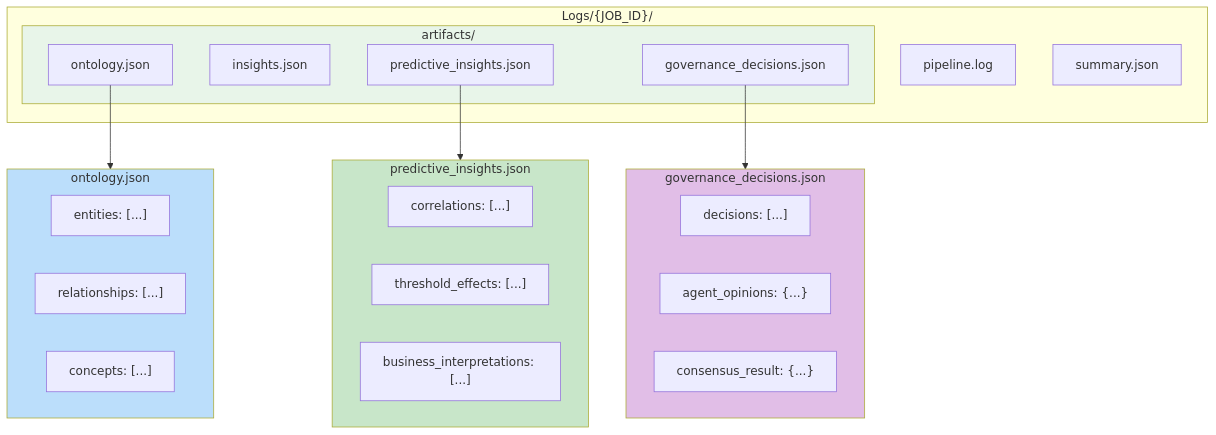
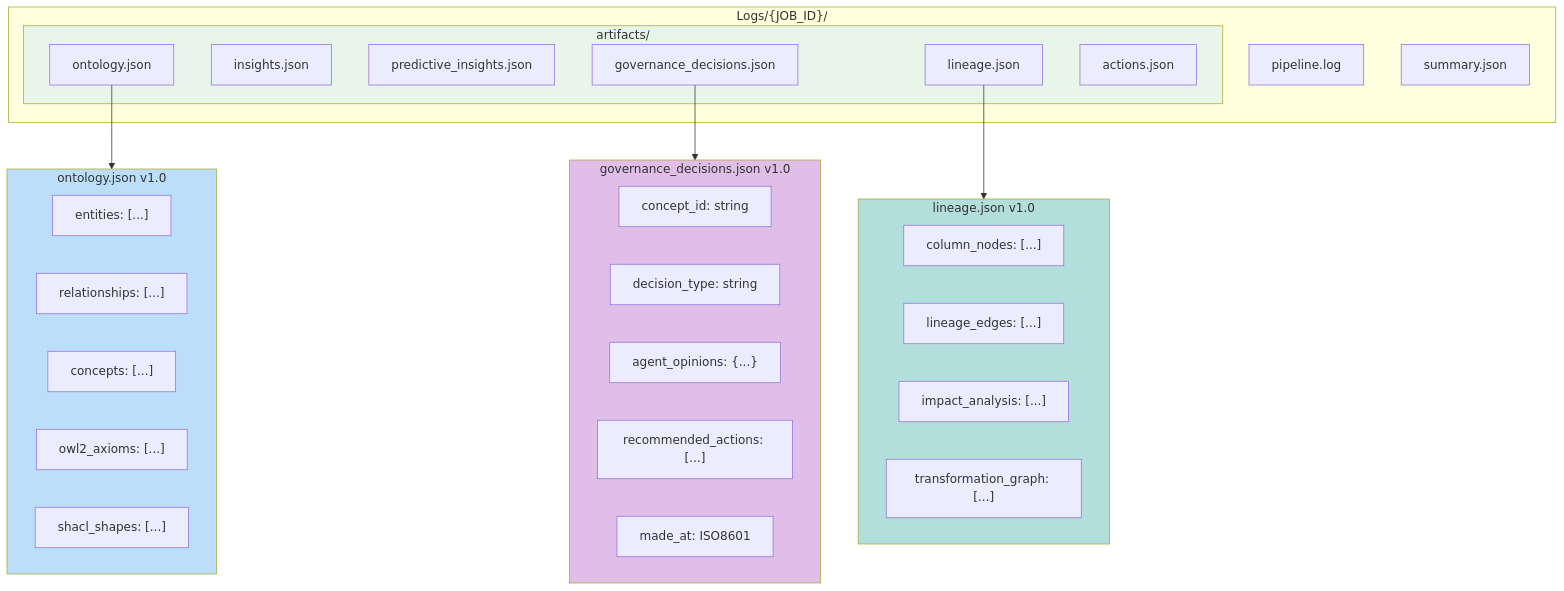
Diagram 11 of 11 in docs/diagrams/02-data-flow.md (sabill123/ontology), drawn with Mermaid before and after one commit. The commit also changed other lines of this file and 176 other files, not shown here.

````diff
--- a/docs/diagrams/02-data-flow.md
+++ b/docs/diagrams/02-data-flow.md
@@ -301,41 +591,48 @@
 ```mermaid
 flowchart TB
     subgraph LOGS["Logs/{JOB_ID}/"]
         LOG[pipeline.log]
         SUM[summary.json]
 
         subgraph ARTIFACTS["artifacts/"]
             ONT[ontology.json]
             INS[insights.json]
             PI[predictive_insights.json]
             GOV[governance_decisions.json]
+            LNG[lineage.json]
+            ACT[actions.json]
         end
     end
 
-    subgraph ONT_CONTENT["ontology.json"]
+    subgraph ONT_CONTENT["ontology.json v1.0"]
         OC1["entities: [...]"]
         OC2["relationships: [...]"]
         OC3["concepts: [...]"]
+        OC4["owl2_axioms: [...]"]
+        OC5["shacl_shapes: [...]"]
     end
 
-    subgraph PI_CONTENT["predictive_insights.json"]
-        PC1["correlations: [...]"]
-        PC2["threshold_effects: [...]"]
-        PC3["business_interpretations: [...]"]
+    subgraph LNG_CONTENT["lineage.json v1.0"]
+        LC1["column_nodes: [...]"]
+        LC2["lineage_edges: [...]"]
+        LC3["impact_analysis: [...]"]
+        LC4["transformation_graph: [...]"]
     end
 
-    subgraph GOV_CONTENT["governance_decisions.json"]
-        GC1["decisions: [...]"]
-        GC2["agent_opinions: {...}"]
-        GC3["consensus_result: {...}"]
+    subgraph GOV_CONTENT["governance_decisions.json v1.0"]
+        GC1["concept_id: string"]
+        GC2["decision_type: string"]
+        GC3["agent_opinions: {...}"]
+        GC4["recommended_actions: [...]"]
+        GC5["made_at: ISO8601"]
     end
 
     ONT --> ONT_CONTENT
-    PI --> PI_CONTENT
+    LNG --> LNG_CONTENT
     GOV --> GOV_CONTENT
 
     style ARTIFACTS fill:#e8f5e9
     style ONT_CONTENT fill:#bbdefb
-    style PI_CONTENT fill:#c8e6c9
+    style LNG_CONTENT fill:#b2dfdb
     style GOV_CONTENT fill:#e1bee7
 ```
````
